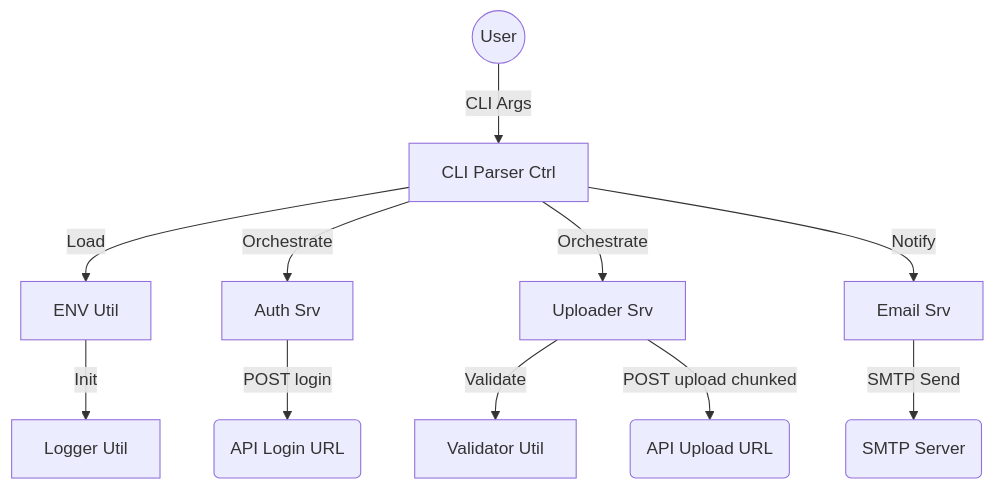
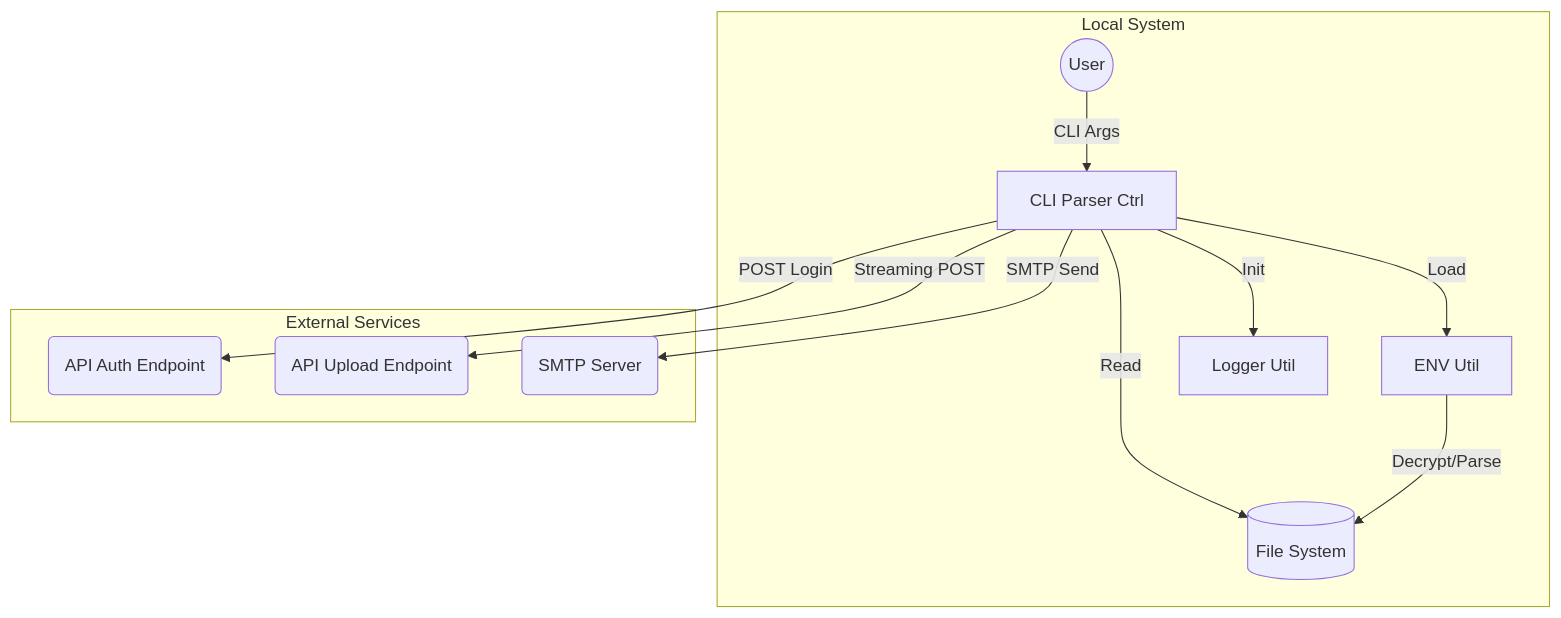
Before and after one commit to Zheng-Bote/json_uploader: the first of 4 diagrams in docs/architecture/overview.md, drawn with Mermaid. The commit also changed other lines of this file and 35 other files, not shown here.

````diff
--- a/docs/architecture/overview.md
+++ b/docs/architecture/overview.md
@@ -13,25 +18,25 @@
 ```mermaid
 graph TD
-    User((User))
-    CLI[CLI Parser Ctrl]
-    ENV[ENV Util]
-    Logger[Logger Util]
-    Auth[Auth Srv]
-    Up[Uploader Srv]
-    Val[Validator Util]
-    Mail[Email Srv]
-    API_Login(API Login URL)
-    API_Upload(API Upload URL)
-    SMTP(SMTP Server)
+    subgraph LocalSystem [Local System]
+        User((User))
+        CLI[CLI Parser Ctrl]
+        ENV[ENV Util]
+        Logger[Logger Util]
+        FS[(File System)]
+    end
+
+    subgraph ExternalServices [External Services]
+        API_Auth(API Auth Endpoint)
+        API_Upload(API Upload Endpoint)
+        SMTP(SMTP Server)
+    end
 
     User -- CLI Args --> CLI
+    CLI -- Read --> FS
     CLI -- Load --> ENV
-    ENV -- Init --> Logger
-    CLI -- Orchestrate --> Auth
-    Auth -- POST login --> API_Login
-    CLI -- Orchestrate --> Up
-    Up -- Validate --> Val
-    Up -- POST upload chunked --> API_Upload
-    CLI -- Notify --> Mail
-    Mail -- SMTP Send --> SMTP
+    ENV -- Decrypt/Parse --> FS
+    CLI -- Init --> Logger
+    CLI -- POST Login --> API_Auth
+    CLI -- Streaming POST --> API_Upload
+    CLI -- SMTP Send --> SMTP
 ```
````
